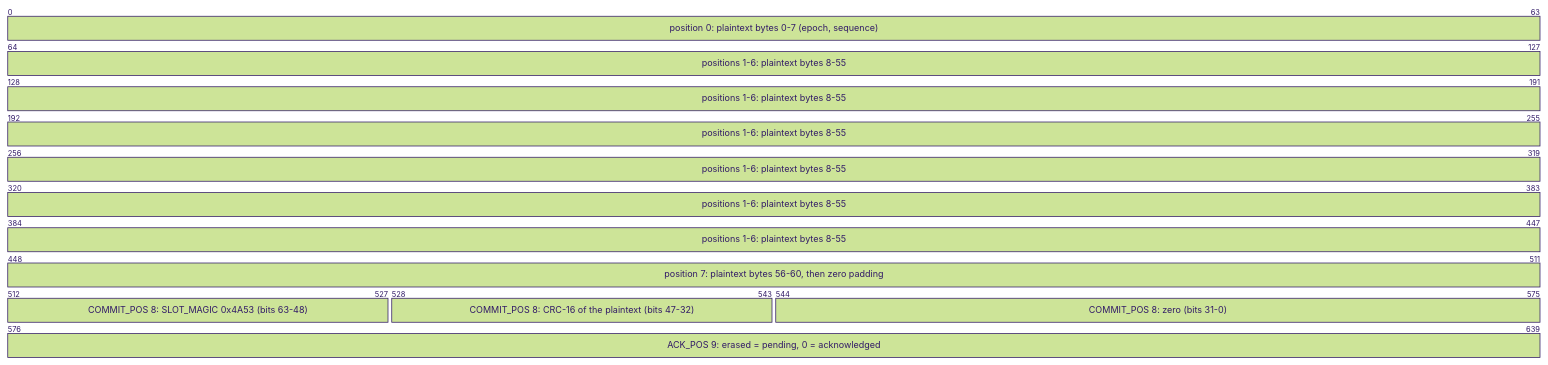
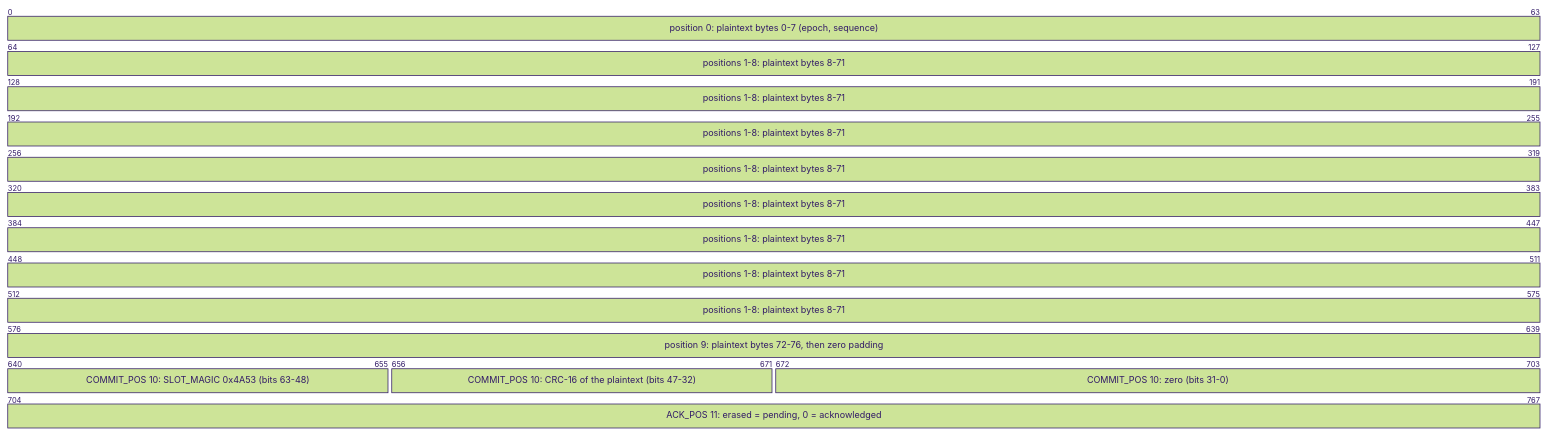
Before and after one commit to clintecker/weather-station-2026: the ninth of 14 diagrams in firmware/stage0-node/App/node_store.lit.md, drawn with Mermaid (forest theme). The commit also changed other lines of this file and 303 other files, not shown here.

````diff
--- a/firmware/stage0-node/App/node_store.lit.md
+++ b/firmware/stage0-node/App/node_store.lit.md
@@ -663,15 +663,15 @@
 ```mermaid
 ---
 config:
   packet:
     bitsPerRow: 64
 ---
 packet-beta
 0-63: "position 0: plaintext bytes 0-7 (epoch, sequence)"
-64-447: "positions 1-6: plaintext bytes 8-55"
-448-511: "position 7: plaintext bytes 56-60, then zero padding"
-512-527: "COMMIT_POS 8: SLOT_MAGIC 0x4A53 (bits 63-48)"
-528-543: "COMMIT_POS 8: CRC-16 of the plaintext (bits 47-32)"
-544-575: "COMMIT_POS 8: zero (bits 31-0)"
-576-639: "ACK_POS 9: erased = pending, 0 = acknowledged"
+64-575: "positions 1-8: plaintext bytes 8-71"
+576-639: "position 9: plaintext bytes 72-76, then zero padding"
+640-655: "COMMIT_POS 10: SLOT_MAGIC 0x4A53 (bits 63-48)"
+656-671: "COMMIT_POS 10: CRC-16 of the plaintext (bits 47-32)"
+672-703: "COMMIT_POS 10: zero (bits 31-0)"
+704-767: "ACK_POS 11: erased = pending, 0 = acknowledged"
 ```
````
